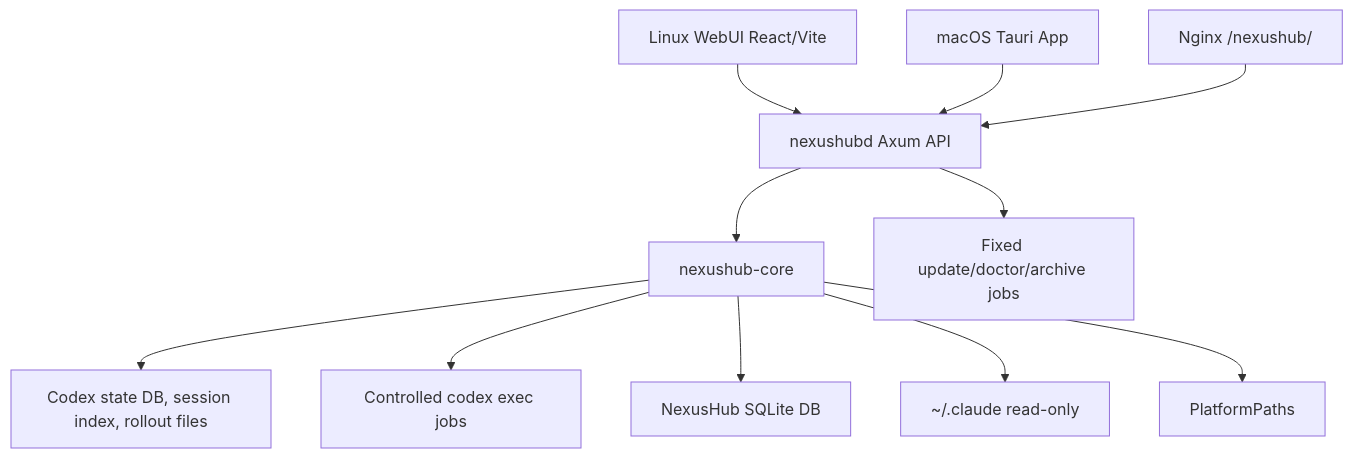
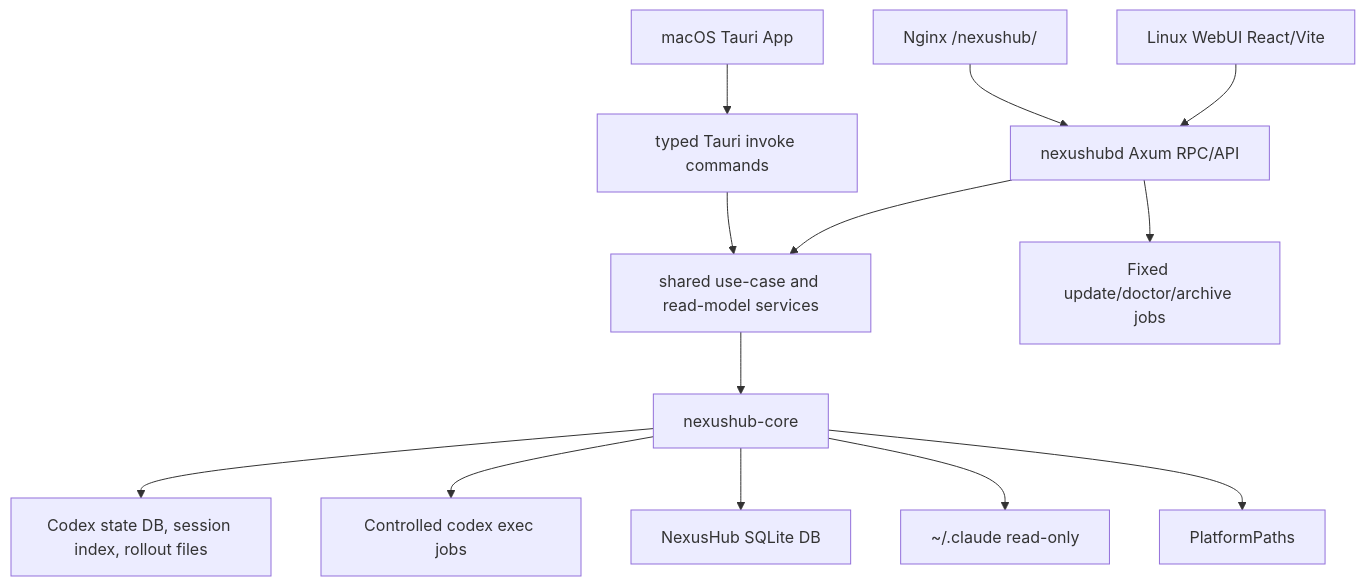
One commit to lich13/nexushub changed the diagram in docs/analysis/project-overview.md. Above: the diagram before and after it, drawn with Mermaid. The commit also changed other lines of this file and 32 other files, not shown here.

````diff
--- a/docs/analysis/project-overview.md
+++ b/docs/analysis/project-overview.md
@@ -9,13 +9,15 @@
 ```mermaid
 flowchart TD
-    LinuxBrowser[Linux WebUI React/Vite] --> API[nexushubd Axum API]
-    MacTauri[macOS Tauri App] --> API
-    API --> Core[nexushub-core]
+    LinuxBrowser[Linux WebUI React/Vite] --> API[nexushubd Axum RPC/API]
+    MacTauri[macOS Tauri App] --> TauriCommands[typed Tauri invoke commands]
+    API --> UseCases[shared use-case and read-model services]
+    TauriCommands --> UseCases
+    UseCases --> Core[nexushub-core]
     Core --> CodexState[Codex state DB, session index, rollout files]
     Core --> Jobs[Controlled codex exec jobs]
     Core --> PanelDb[NexusHub SQLite DB]
     Core --> ClaudeHome[~/.claude read-only]
     Core --> Platform[PlatformPaths]
     API --> FixedJobs[Fixed update/doctor/archive jobs]
     Nginx[Nginx /nexushub/] --> API
 ```
````
